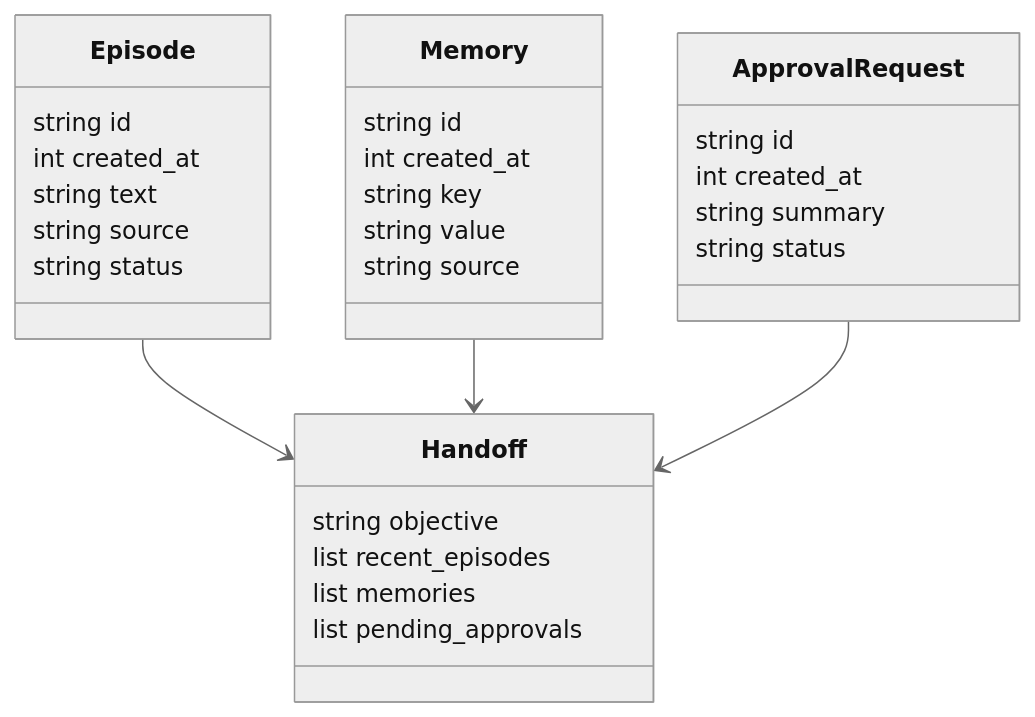
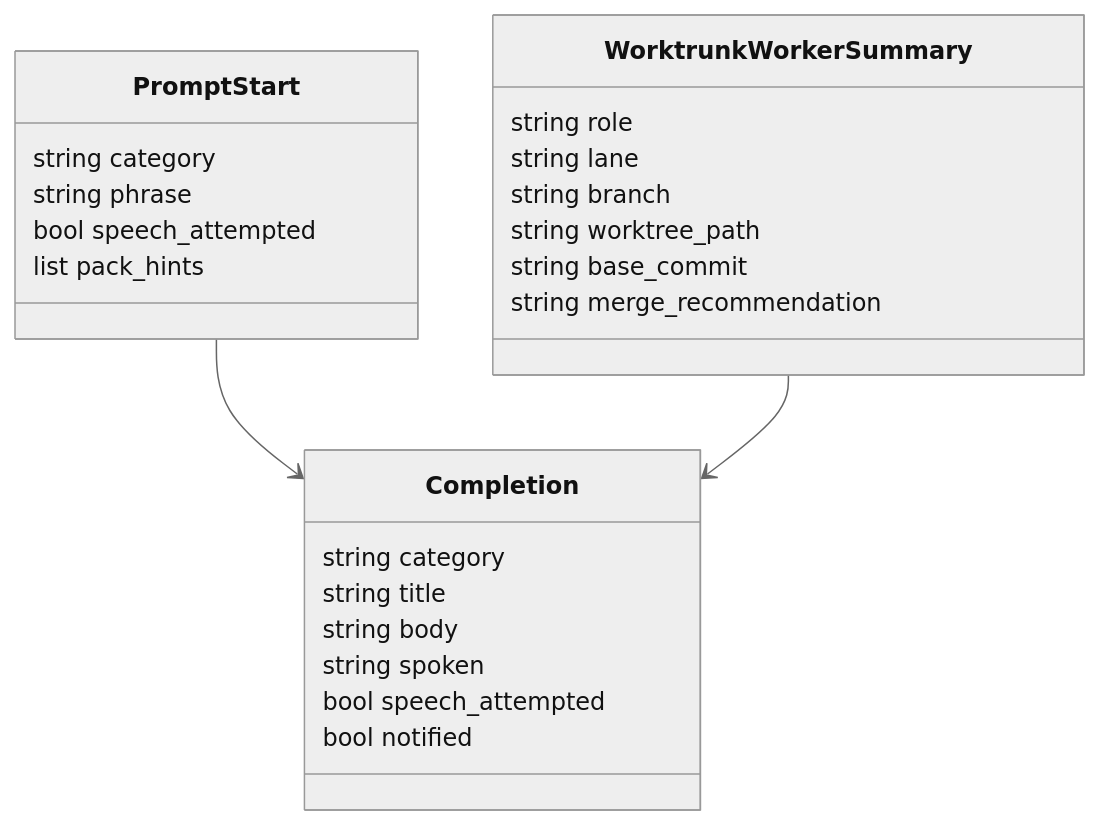
The third of 3 diagrams in plans/jarvis-codex-swarm/canvas.mdx (cyIVER/jarvis-codex), drawn with Mermaid (neutral theme) before and after one commit. The commit also changed other lines of this file and 4 other files, not shown here.

````diff
--- a/plans/jarvis-codex-swarm/canvas.mdx
+++ b/plans/jarvis-codex-swarm/canvas.mdx
@@ -50,32 +66,27 @@
 ```mermaid
 classDiagram
-  class Episode {
-    string id
-    int created_at
-    string text
-    string source
-    string status
+  class PromptStart {
+    string category
+    string phrase
+    bool speech_attempted
+    list pack_hints
   }
-  class Memory {
-    string id
-    int created_at
-    string key
-    string value
-    string source
+  class Completion {
+    string category
+    string title
+    string body
+    string spoken
+    bool speech_attempted
+    bool notified
   }
-  class ApprovalRequest {
-    string id
-    int created_at
-    string summary
-    string status
+  class WorktrunkWorkerSummary {
+    string role
+    string lane
+    string branch
+    string worktree_path
+    string base_commit
+    string merge_recommendation
   }
-  class Handoff {
-    string objective
-    list recent_episodes
-    list memories
-    list pending_approvals
-  }
-  Episode --> Handoff
-  Memory --> Handoff
-  ApprovalRequest --> Handoff
+  PromptStart --> Completion
+  WorktrunkWorkerSummary --> Completion
 ```
````
